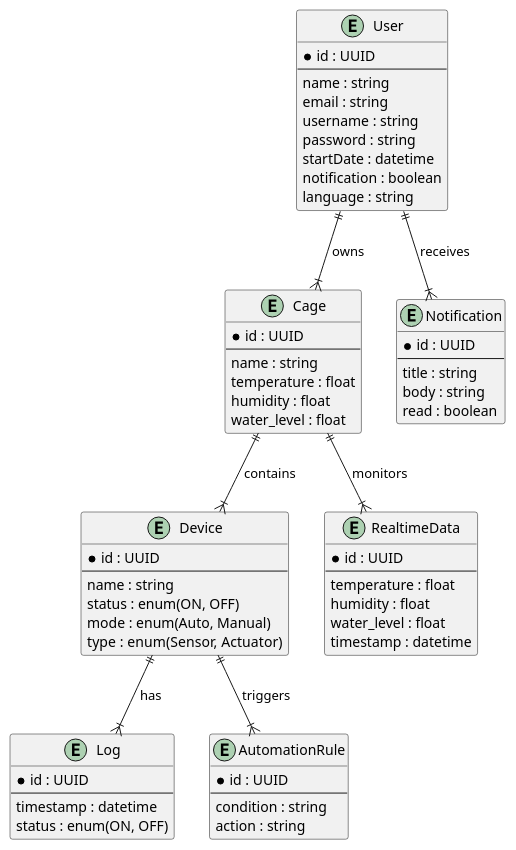
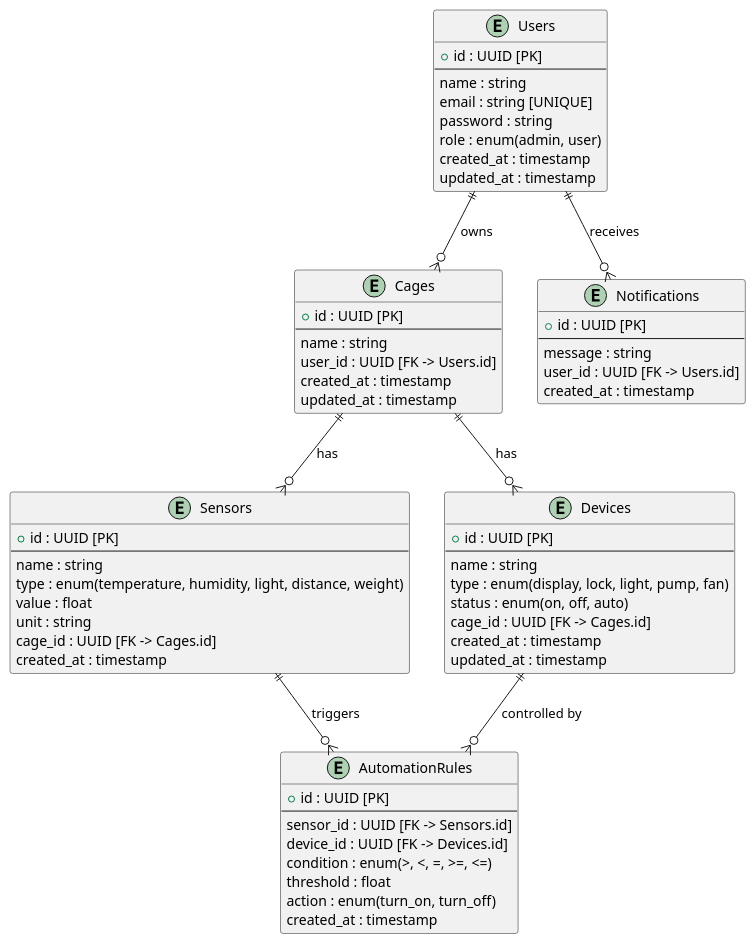
Before and after one commit to jncmtam/DADN-SE: the diagram in docs/erd.puml, drawn with PlantUML. The commit also changed 15 other files, not shown here.

```diff
--- a/docs/erd.puml
+++ b/docs/erd.puml
@@ -1,71 +1,69 @@
-@startuml erd
-
-entity User {
-  * id : UUID
+@startuml ERD
+entity "Users" as U {
+  + id : UUID [PK]
   --
   name : string
-  email : string
-  username : string
+  email : string [UNIQUE]
   password : string
-  startDate : datetime
-  notification : boolean
-  language : string
+  role : enum(admin, user)
+  created_at : timestamp
+  updated_at : timestamp
 }
 
-entity Cage {
-  * id : UUID
+entity "Cages" as C {
+  + id : UUID [PK]
   --
   name : string
-  temperature : float
-  humidity : float
-  water_level : float
+  user_id : UUID [FK -> Users.id]
+  created_at : timestamp
+  updated_at : timestamp
 }
 
-entity Device {
-  * id : UUID
+entity "Sensors" as S {
+  + id : UUID [PK]
   --
   name : string
-  status : enum(ON, OFF)
-  mode : enum(Auto, Manual)
-  type : enum(Sensor, Actuator)
+  type : enum(temperature, humidity, light, distance, weight)
+  value : float
+  unit : string
+  cage_id : UUID [FK -> Cages.id]
+  created_at : timestamp
 }
 
-entity Log {
-  * id : UUID
+entity "Devices" as D {
+  + id : UUID [PK]
   --
-  timestamp : datetime
-  status : enum(ON, OFF)
+  name : string
+  type : enum(display, lock, light, pump, fan)
+  status : enum(on, off, auto)
+  cage_id : UUID [FK -> Cages.id]
+  created_at : timestamp
+  updated_at : timestamp
 }
 
-entity AutomationRule {
-  * id : UUID
+entity "AutomationRules" as AR {
+  + id : UUID [PK]
   --
-  condition : string
-  action : string
+  sensor_id : UUID [FK -> Sensors.id]
+  device_id : UUID [FK -> Devices.id]
+  condition : enum(>, <, =, >=, <=)
+  threshold : float
+  action : enum(turn_on, turn_off)
+  created_at : timestamp
 }
 
-entity Notification {
-  * id : UUID
+entity "Notifications" as N {
+  + id : UUID [PK]
   --
-  title : string
-  body : string
-  read : boolean
+  message : string
+  user_id : UUID [FK -> Users.id]
+  created_at : timestamp
 }
 
-entity RealtimeData {
-  * id : UUID
-  --
-  temperature : float
-  humidity : float
-  water_level : float
-  timestamp : datetime
-}
-
-User ||--|{ Cage : owns
-Cage ||--|{ Device : contains
-Device ||--|{ Log : has
-Device ||--|{ AutomationRule : triggers
-User ||--|{ Notification : receives
-Cage ||--|{ RealtimeData : monitors
-
+U ||--o{ C : "owns"
+C ||--o{ S : "has"
+C ||--o{ D : "has"
+S ||--o{ AR : "triggers"
+D ||--o{ AR : "controlled by"
+U ||--o{ N : "receives"
 @enduml
```
